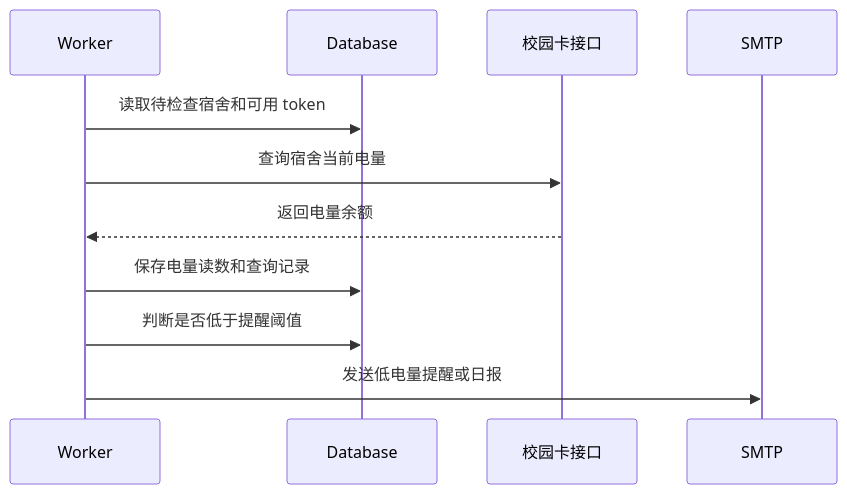
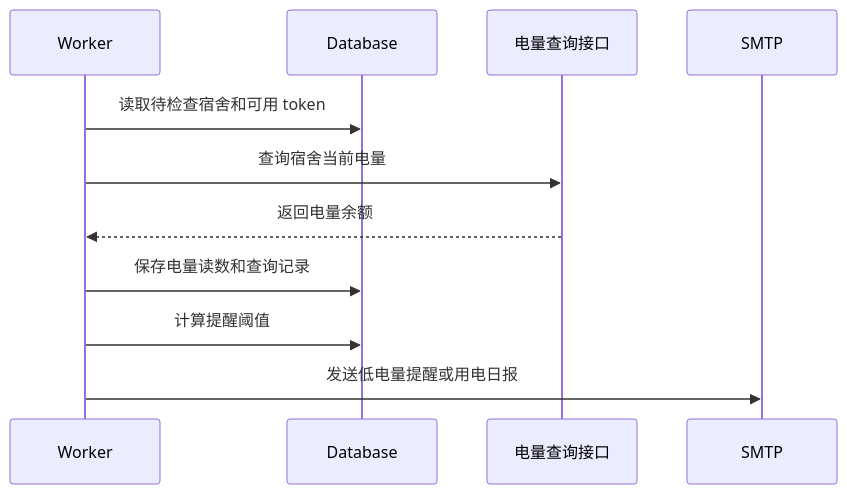
Before and after one commit to Mikancake/sdu-qingdao-electricity-monitor: the second of 2 diagrams in readme.md, drawn with Mermaid. The commit also changed other lines of this file, not shown here.

````diff
--- a/readme.md
+++ b/readme.md
@@ -67,13 +64,13 @@
 ```mermaid
 sequenceDiagram
-    participant W as Worker
-    participant D as Database
-    participant C as 校园卡接口
-    participant M as SMTP
-    W->>D: 读取待检查宿舍和可用 token
-    W->>C: 查询宿舍当前电量
-    C-->>W: 返回电量余额
-    W->>D: 保存电量读数和查询记录
-    W->>D: 判断是否低于提醒阈值
-    W->>M: 发送低电量提醒或日报
+    participant Worker as Worker
+    participant DB as Database
+    participant Campus as 电量查询接口
+    participant Mail as SMTP
+    Worker->>DB: 读取待检查宿舍和可用 token
+    Worker->>Campus: 查询宿舍当前电量
+    Campus-->>Worker: 返回电量余额
+    Worker->>DB: 保存电量读数和查询记录
+    Worker->>DB: 计算提醒阈值
+    Worker->>Mail: 发送低电量提醒或用电日报
 ```
````
